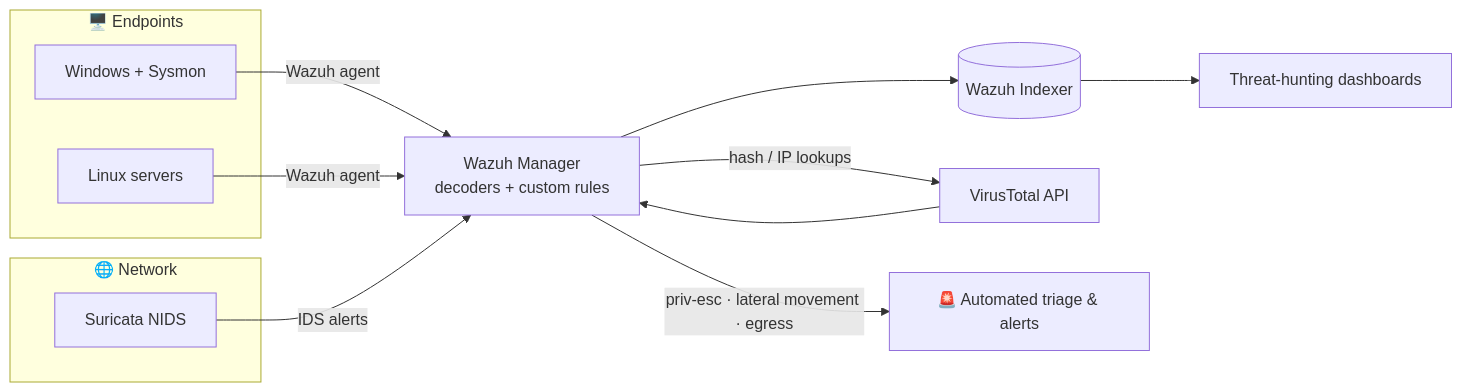
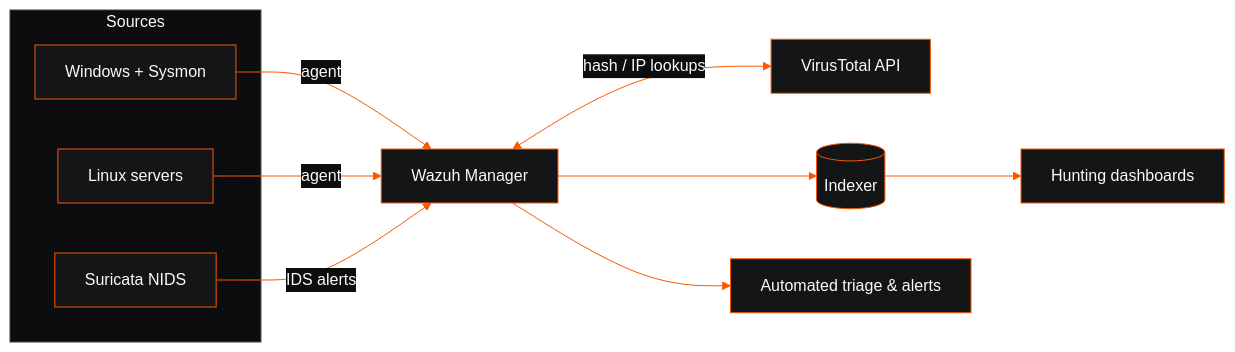
The first of 3 diagrams in README.md (TanimSec/TanimSec), drawn with Mermaid before and after one commit. The commit also changed other lines of this file and 28 other files, not shown here.

````diff
--- a/README.md
+++ b/README.md
@@ -151,17 +127,14 @@
 ```mermaid
+%%{init: {'theme':'base','themeVariables':{'primaryColor':'#141517','primaryTextColor':'#fafafa','primaryBorderColor':'#F65802','lineColor':'#F65802','clusterBkg':'#0c0d0e','clusterBorder':'#3f3f46','titleColor':'#fafafa','edgeLabelBackground':'#0c0d0e','fontFamily':'Inter, Segoe UI, sans-serif'}}}%%
 flowchart LR
-    subgraph Endpoints["🖥️ Endpoints"]
+    subgraph Sources
         W["Windows + Sysmon"]
         L["Linux servers"]
-    end
-    subgraph Network["🌐 Network"]
         S["Suricata NIDS"]
     end
-    W & L -->|Wazuh agent| M
+    W & L -->|agent| M["Wazuh Manager"]
     S -->|IDS alerts| M
-    M["Wazuh Manager<br/>decoders + custom rules"] --> I[("Wazuh Indexer")]
-    M -->|hash / IP lookups| VT["VirusTotal API"]
-    VT --> M
-    I --> D["Threat-hunting dashboards"]
-    M -->|priv-esc · lateral movement · egress| A["🚨 Automated triage & alerts"]
+    M <-->|hash / IP lookups| VT["VirusTotal API"]
+    M --> I[("Indexer")] --> D["Hunting dashboards"]
+    M --> A["Automated triage & alerts"]
 ```
````
